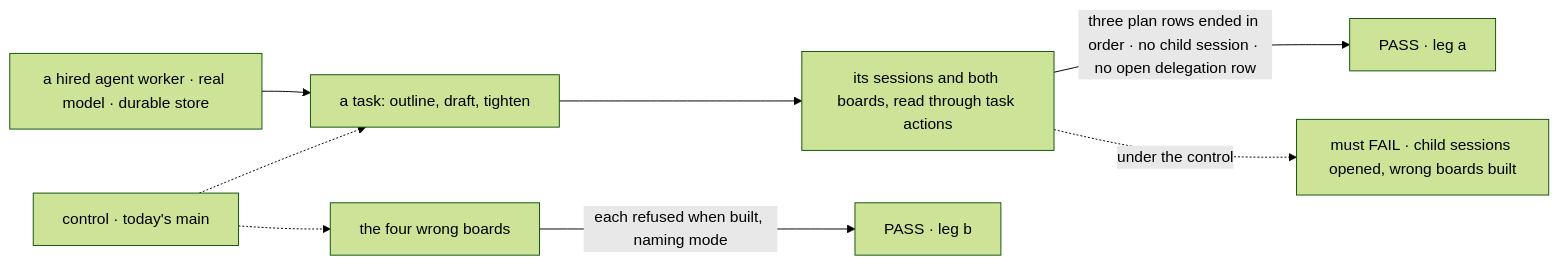
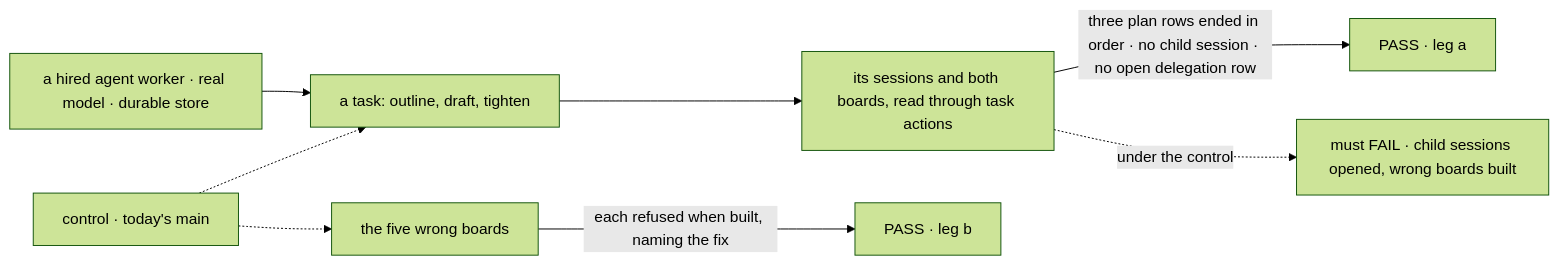
One commit to fixpoint-labs/flow-state-dev changed the first of 2 diagrams in specs/issues/FIX-2076/SPEC.md. Above: the diagram before and after it, drawn with Mermaid (forest theme). The commit also changed other lines of this file and 4 other files, not shown here.

````diff
--- a/specs/issues/FIX-2076/SPEC.md
+++ b/specs/issues/FIX-2076/SPEC.md
@@ -27,10 +27,10 @@
 ```mermaid
 flowchart LR
   W["a hired agent worker · real model · durable store"] --> P["a task: outline, draft, tighten"]
   P --> S["its sessions and both boards, read through task actions"]
   S -->|"three plan rows ended in order · no child session · no open delegation row"| OK["PASS · leg a"]
-  B["the four wrong boards"] -->|"each refused when built, naming mode"| OK2["PASS · leg b"]
+  B["the five wrong boards"] -->|"each refused when built, naming the fix"| OK2["PASS · leg b"]
   C["control · today's main"] -.-> P
   C -.-> B
   S -.->|"under the control"| F["must FAIL · child sessions opened, wrong boards built"]
 ```
````
